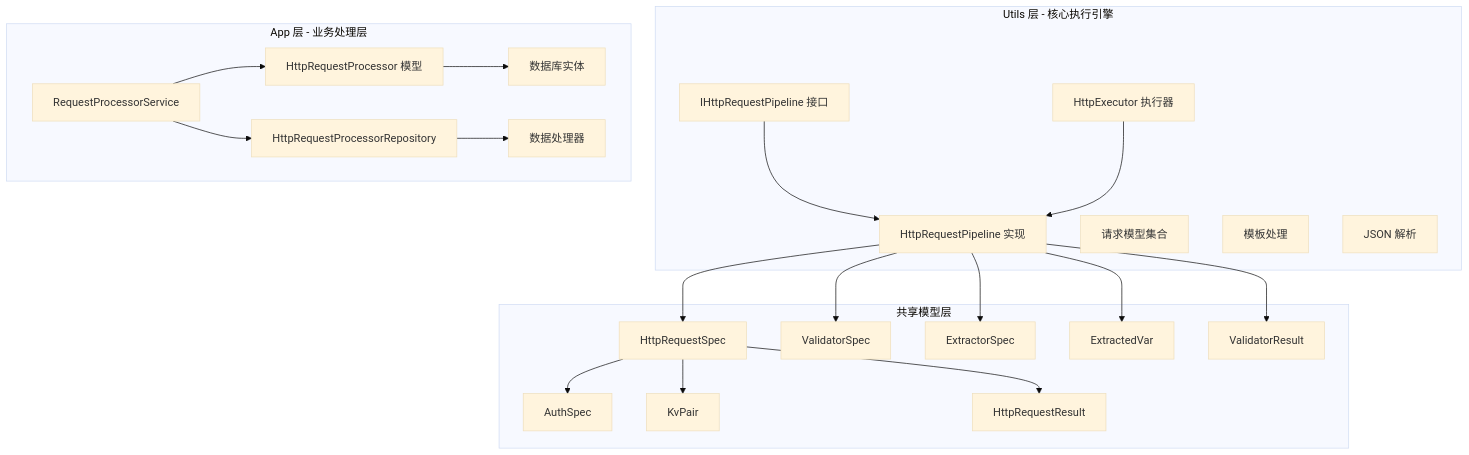
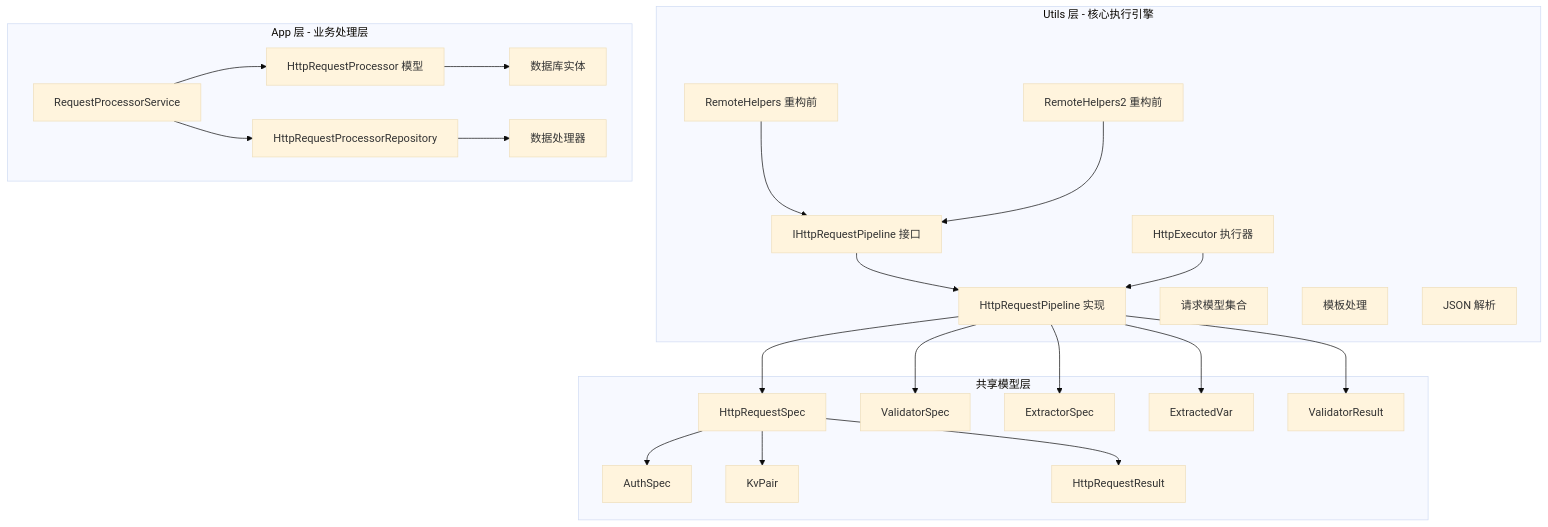
The first of 8 diagrams in .qoder/repowiki/zh/content/工具库详解/HTTP 请求管道基础设施.md (Sosososolong/AirGo), drawn with Mermaid (base theme) before and after one commit. The commit also changed other lines of this file and 10 other files, not shown here.

````diff
--- a/.qoder/repowiki/zh/content/工具库详解/HTTP 请求管道基础设施.md
+++ b/.qoder/repowiki/zh/content/工具库详解/HTTP 请求管道基础设施.md
@@ -49,42 +54,46 @@
 ```mermaid
 graph TB
 subgraph "Utils 层 - 核心执行引擎"
 A[IHttpRequestPipeline 接口]
 B[HttpRequestPipeline 实现]
 C[HttpExecutor 执行器]
 D[请求模型集合]
 E[模板处理]
 F[JSON 解析]
+G[RemoteHelpers 重构前]
+H[RemoteHelpers2 重构前]
 end
 subgraph "App 层 - 业务处理层"
-G[RequestProcessorService]
-H[HttpRequestProcessor 模型]
-I[HttpRequestProcessorRepository]
-J[数据库实体]
-K[数据处理器]
+I[RequestProcessorService]
+J[HttpRequestProcessor 模型]
+K[HttpRequestProcessorRepository]
+L[数据库实体]
+M[数据处理器]
 end
 subgraph "共享模型层"
-L[HttpRequestSpec]
-M[AuthSpec]
-N[KvPair]
-O[HttpRequestResult]
-P[ValidatorSpec]
-Q[ExtractorSpec]
-R[ExtractedVar]
-S[ValidatorResult]
+N[HttpRequestSpec]
+O[AuthSpec]
+P[KvPair]
+Q[HttpRequestResult]
+R[ValidatorSpec]
+S[ExtractorSpec]
+T[ExtractedVar]
+U[ValidatorResult]
 end
 A --> B
 C --> B
-G --> H
-G --> I
-H --> J
+I --> J
 I --> K
-B --> L
-L --> M
-L --> N
-L --> O
-B --> P
-B --> Q
+J --> L
+K --> M
+B --> N
+N --> O
+N --> P
+N --> Q
 B --> R
 B --> S
+B --> T
+B --> U
+G --> A
+H --> A
 ```
````
